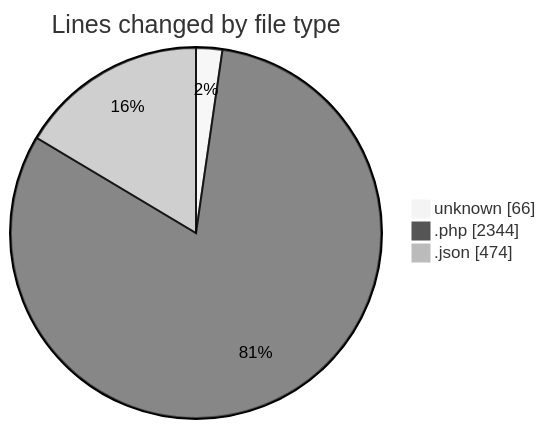
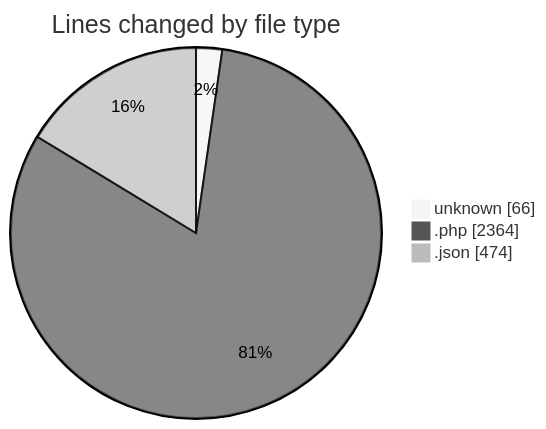
One commit to idhammustaqopulfikri/code-tracking changed the first of 2 diagrams in 2025-05-27/studio-backend/README.md. Above: the diagram before and after it, drawn with Mermaid (neutral theme). The commit also changed other lines of this file and 1 other file, not shown here.

````diff
--- a/2025-05-27/studio-backend/README.md
+++ b/2025-05-27/studio-backend/README.md
@@ -54,7 +54,7 @@
 ```mermaid
 pie showData
 title Lines changed by file type
 "unknown" : 66
-".php" : 2344
+".php" : 2364
 ".json" : 474
 ```
````
